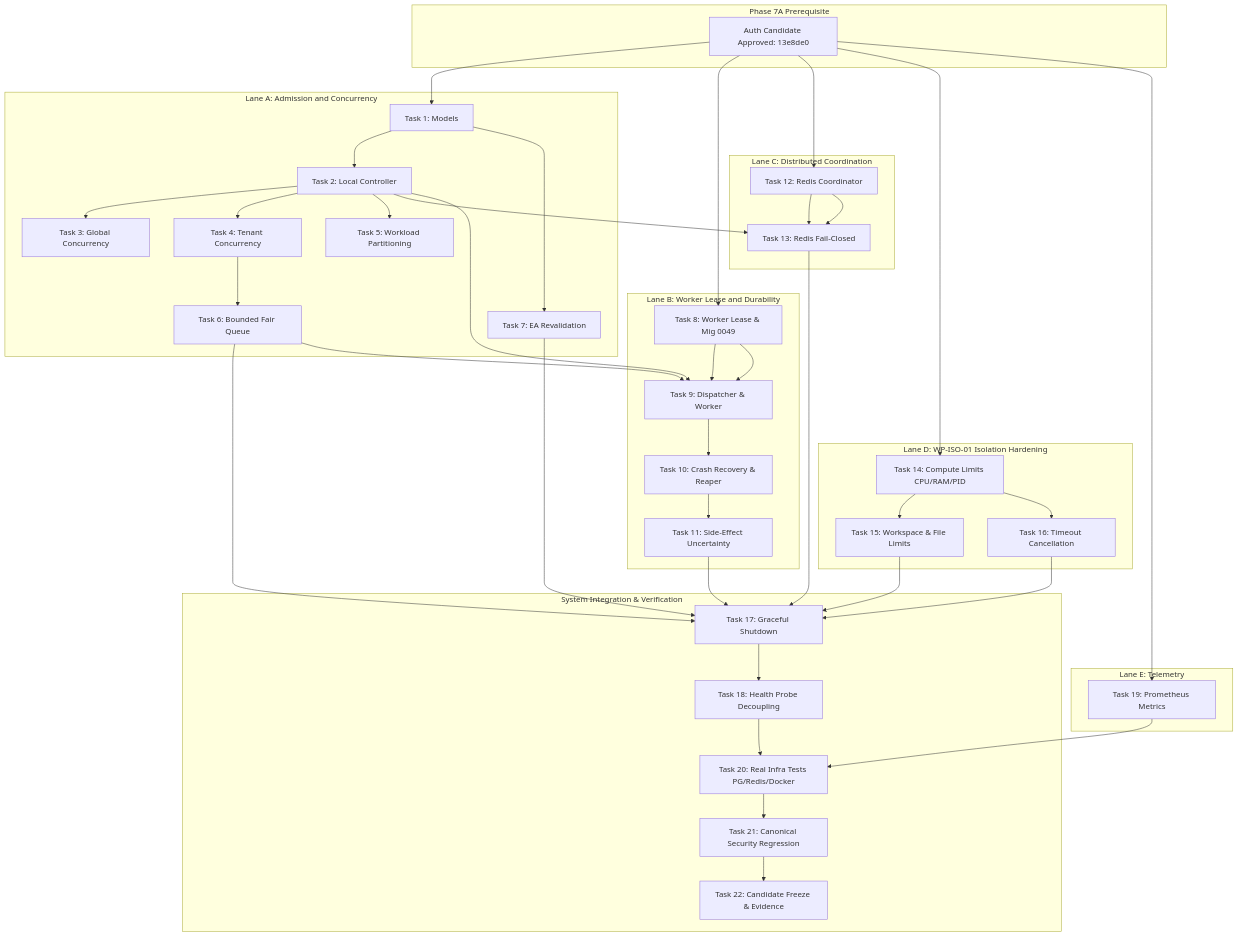
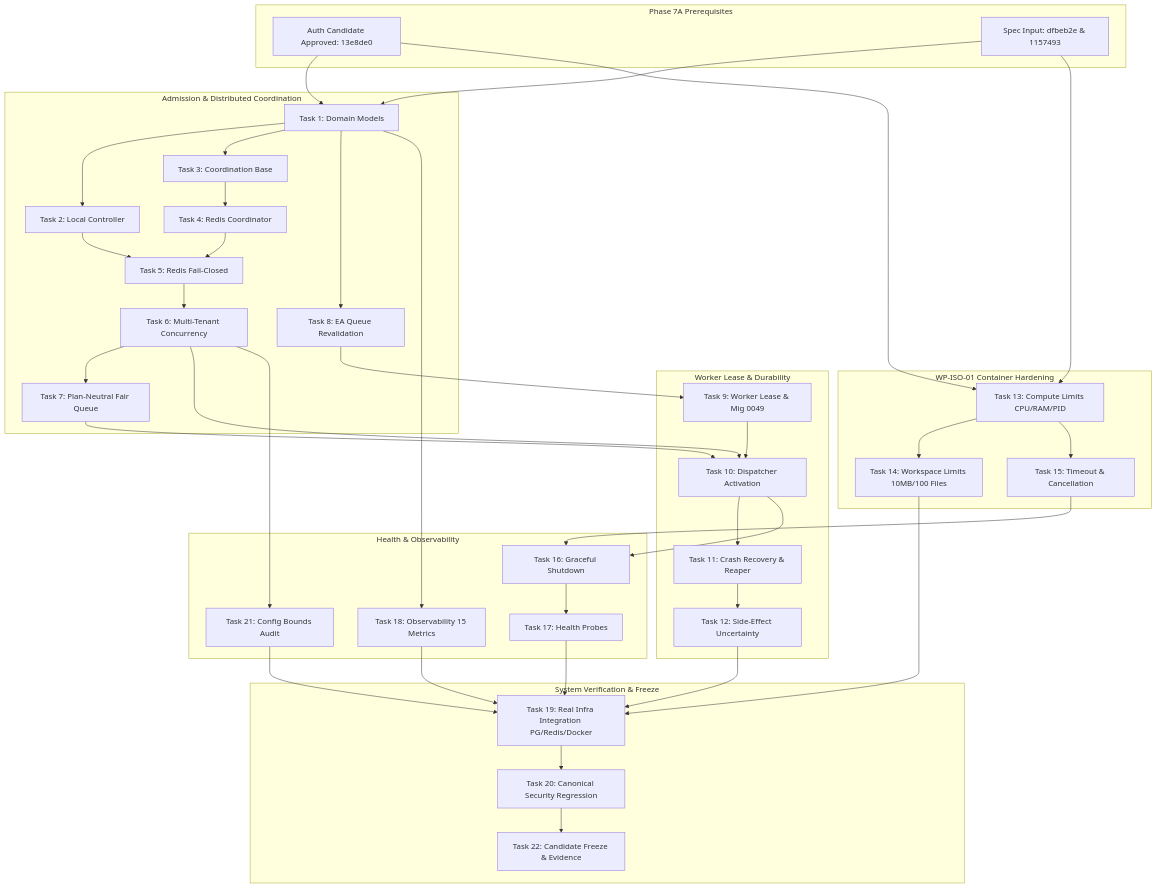
The diagram in docs/phase7a-execution/dependency-graph.md (Guruprasath-Annadurai/Whitepact), drawn with Mermaid before and after one commit. The commit also changed other lines of this file and 5 other files, not shown here.

Commit message:
docs(phase7): correct runtime plan security boundaries

````diff
--- a/docs/phase7a-execution/dependency-graph.md
+++ b/docs/phase7a-execution/dependency-graph.md
@@ -55,50 +55,45 @@
 ```mermaid
 flowchart TD
-    subgraph S0 [Phase 7A Prerequisite]
+    subgraph S0 [Phase 7A Prerequisites]
         AUTH[Auth Candidate Approved: 13e8de0]
+        SPEC[Spec Input: dfbeb2e & 1157493]
     end
 
-    subgraph LANE_A [Lane A: Admission and Concurrency]
-        T1[Task 1: Models] --> T2[Task 2: Local Controller]
-        T2 --> T3[Task 3: Global Concurrency]
-        T2 --> T4[Task 4: Tenant Concurrency]
-        T2 --> T5[Task 5: Workload Partitioning]
-        T4 --> T6[Task 6: Bounded Fair Queue]
-        T1 --> T7[Task 7: EA Revalidation]
+    subgraph ADMISSION_LANE [Admission & Distributed Coordination]
+        T1[Task 1: Domain Models] --> T2[Task 2: Local Controller]
+        T1 --> T3[Task 3: Coordination Base]
+        T3 --> T4[Task 4: Redis Coordinator]
+        T2 & T4 --> T5[Task 5: Redis Fail-Closed]
+        T5 --> T6[Task 6: Multi-Tenant Concurrency]
+        T6 --> T7[Task 7: Plan-Neutral Fair Queue]
+        T1 --> T8[Task 8: EA Queue Revalidation]
     end
 
-    subgraph LANE_B [Lane B: Worker Lease and Durability]
-        T8[Task 8: Worker Lease & Mig 0049] --> T9[Task 9: Dispatcher & Worker]
-        T9 --> T10[Task 10: Crash Recovery & Reaper]
-        T10 --> T11[Task 11: Side-Effect Uncertainty]
+    subgraph LEASE_LANE [Worker Lease & Durability]
+        T8 --> T9[Task 9: Worker Lease & Mig 0049]
+        T6 & T7 & T9 --> T10[Task 10: Dispatcher Activation]
+        T10 --> T11[Task 11: Crash Recovery & Reaper]
+        T11 --> T12[Task 12: Side-Effect Uncertainty]
     end
 
-    subgraph LANE_C [Lane C: Distributed Coordination]
-        T12[Task 12: Redis Coordinator] --> T13[Task 13: Redis Fail-Closed]
+    subgraph ISOLATION_LANE [WP-ISO-01 Container Hardening]
+        T13[Task 13: Compute Limits CPU/RAM/PID] --> T14[Task 14: Workspace Limits 10MB/100 Files]
+        T13 --> T15[Task 15: Timeout & Cancellation]
     end
 
-    subgraph LANE_D [Lane D: WP-ISO-01 Isolation Hardening]
-        T14[Task 14: Compute Limits CPU/RAM/PID] --> T15[Task 15: Workspace & File Limits]
-        T14 --> T16[Task 16: Timeout Cancellation]
+    subgraph OPS_LANE [Health & Observability]
+        T10 & T15 --> T16[Task 16: Graceful Shutdown]
+        T16 --> T17[Task 17: Health Probes]
+        T1 --> T18[Task 18: Observability 15 Metrics]
+        T6 --> T21[Task 21: Config Bounds Audit]
     end
 
-    subgraph LANE_E [Lane E: Telemetry]
-        T19[Task 19: Prometheus Metrics]
+    subgraph INTEGRATION_LANE [System Verification & Freeze]
+        T12 & T14 & T17 & T18 & T21 --> T19[Task 19: Real Infra Integration PG/Redis/Docker]
+        T19 --> T20[Task 20: Canonical Security Regression]
+        T20 --> T22[Task 22: Candidate Freeze & Evidence]
     end
 
-    subgraph INTEGRATION [System Integration & Verification]
-        T6 & T7 & T11 & T13 & T15 & T16 --> T17[Task 17: Graceful Shutdown]
-        T17 --> T18[Task 18: Health Probe Decoupling]
-        T18 & T19 --> T20[Task 20: Real Infra Tests PG/Redis/Docker]
-        T20 --> T21[Task 21: Canonical Security Regression]
-        T21 --> T22[Task 22: Candidate Freeze & Evidence]
-    end
-
-    AUTH --> T1
-    AUTH --> T8
-    AUTH --> T12
-    AUTH --> T14
-    AUTH --> T19
-    T2 & T12 --> T13
-    T2 & T6 & T8 --> T9
+    AUTH & SPEC --> T1
+    AUTH & SPEC --> T13
 ```
````
